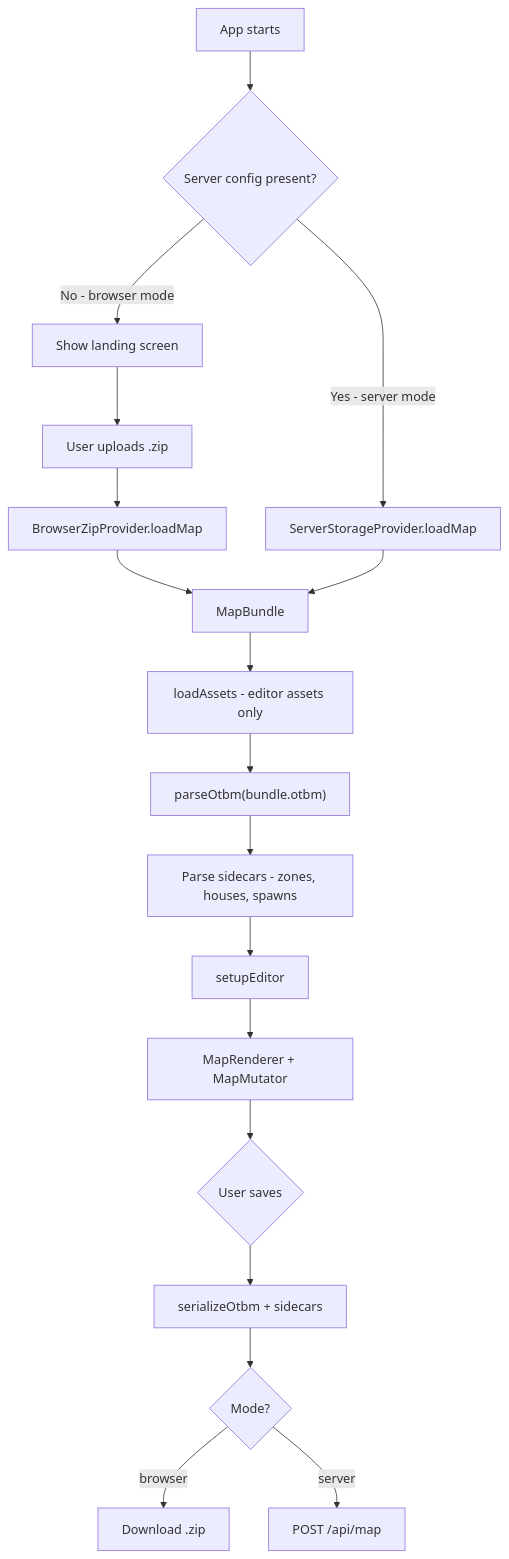
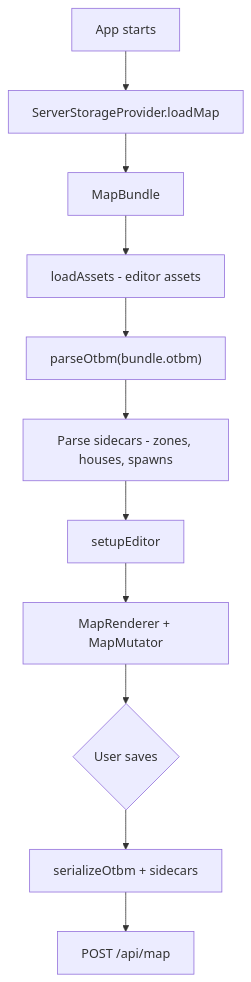
Before and after one commit to knobik/yatme: the third of 3 diagrams in MAP_IO_RESEARCH.md, drawn with Mermaid. The commit also changed other lines of this file, not shown here.

Commit message:
Streamline `MAP_IO_RESEARCH.md`: consolidate to server-only architecture, redefine deployment model, update storage interface details, and remove browser mode implementation notes.

````diff
--- a/MAP_IO_RESEARCH.md
+++ b/MAP_IO_RESEARCH.md
@@ -139,21 +104,14 @@
 ```mermaid
 flowchart TD
-    A[App starts] --> B{Server config present?}
-    B -->|No - browser mode| C[Show landing screen]
-    C --> D[User uploads .zip]
-    D --> E[BrowserZipProvider.loadMap]
-    B -->|Yes - server mode| F[ServerStorageProvider.loadMap]
-    E --> G[MapBundle]
-    F --> G
-    G --> H[loadAssets - editor assets only]
-    H --> I["parseOtbm(bundle.otbm)"]
-    I --> J[Parse sidecars - zones, houses, spawns]
-    J --> K[setupEditor]
-    K --> L[MapRenderer + MapMutator]
+    A[App starts] --> B[ServerStorageProvider.loadMap]
+    B --> C[MapBundle]
+    C --> D[loadAssets - editor assets]
+    D --> E["parseOtbm(bundle.otbm)"]
+    E --> F[Parse sidecars - zones, houses, spawns]
+    F --> G[setupEditor]
+    G --> H[MapRenderer + MapMutator]
 
-    L --> M{User saves}
-    M --> N[serializeOtbm + sidecars]
-    N --> O{Mode?}
-    O -->|browser| P[Download .zip]
-    O -->|server| Q[POST /api/map]
+    H --> I{User saves}
+    I --> J[serializeOtbm + sidecars]
+    J --> K[POST /api/map]
 ```
````
